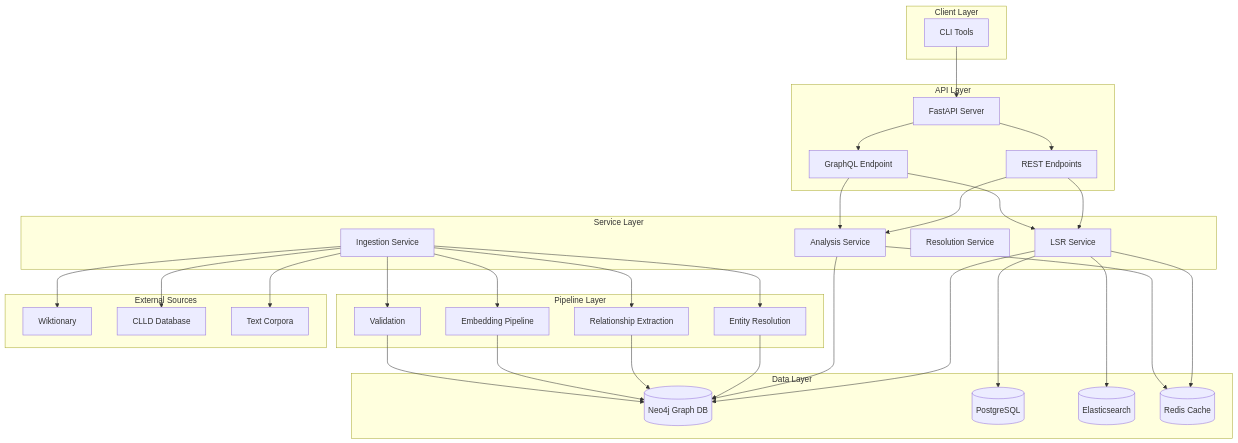
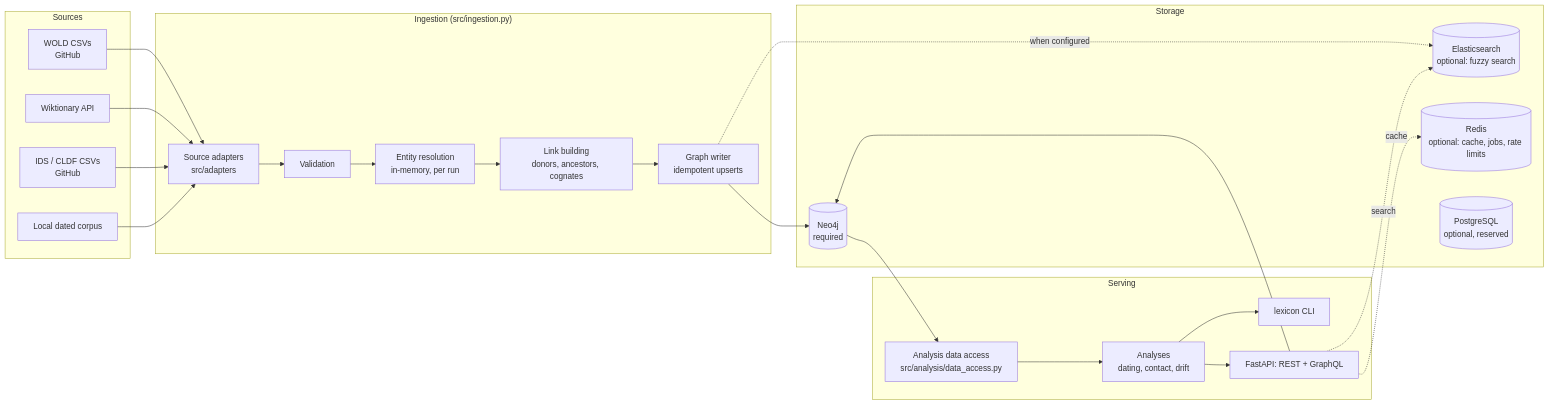
The diagram in docs/architecture.md (kase1111-hash/Lexicon), drawn with Mermaid before and after one commit. The commit also changed other lines of this file and 135 other files, not shown here.

````diff
--- a/docs/architecture.md
+++ b/docs/architecture.md
@@ -16,71 +7,40 @@
 ```mermaid
-graph TB
-    subgraph "Client Layer"
-        CLI[CLI Tools]
+graph LR
+    subgraph Sources
+        WOLD[WOLD CSVs<br/>GitHub]
+        WIKT[Wiktionary API]
+        IDS[IDS / CLDF CSVs<br/>GitHub]
+        CORP[Local dated corpus]
     end
 
-    subgraph "API Layer"
-        API[FastAPI Server]
-        GQL[GraphQL Endpoint]
-        REST[REST Endpoints]
+    subgraph "Ingestion (src/ingestion.py)"
+        AD[Source adapters<br/>src/adapters]
+        VAL[Validation]
+        ER[Entity resolution<br/>in-memory, per run]
+        LINK[Link building<br/>donors, ancestors, cognates]
+        GW[Graph writer<br/>idempotent upserts]
     end
 
-    subgraph "Service Layer"
-        LSR[LSR Service]
-        ANA[Analysis Service]
-        RES[Resolution Service]
-        ING[Ingestion Service]
+    subgraph Storage
+        NEO[(Neo4j<br/>required)]
+        ES[(Elasticsearch<br/>optional: fuzzy search)]
+        RD[(Redis<br/>optional: cache, jobs, rate limits)]
+        PG[(PostgreSQL<br/>optional, reserved)]
     end
 
-    subgraph "Pipeline Layer"
-        ENT[Entity Resolution]
-        REL[Relationship Extraction]
-        EMB[Embedding Pipeline]
-        VALID[Validation]
+    subgraph Serving
+        DA[Analysis data access<br/>src/analysis/data_access.py]
+        AN[Analyses<br/>dating, contact, drift]
+        CLI[lexicon CLI]
+        API[FastAPI: REST + GraphQL]
     end
 
-    subgraph "Data Layer"
-        NEO[(Neo4j Graph DB)]
-        PG[(PostgreSQL)]
-        ES[(Elasticsearch)]
-        REDIS[(Redis Cache)]
-    end
-
-    subgraph "External Sources"
-        WIK[Wiktionary]
-        CLLD[CLLD Database]
-        CORP[Text Corpora]
-    end
-
-    CLI --> API
-
-    API --> REST
-    API --> GQL
-
-    REST --> LSR
-    REST --> ANA
-    GQL --> LSR
-    GQL --> ANA
-
-    LSR --> NEO
-    LSR --> PG
-    LSR --> ES
-    LSR --> REDIS
-
-    ANA --> NEO
-    ANA --> REDIS
-
-    ING --> WIK
-    ING --> CLLD
-    ING --> CORP
-
-    ING --> ENT
-    ING --> REL
-    ING --> EMB
-    ING --> VALID
-
-    ENT --> NEO
-    REL --> NEO
-    EMB --> NEO
-    VALID --> NEO
+    WOLD & WIKT & IDS & CORP --> AD --> VAL --> ER --> LINK --> GW
+    GW --> NEO
+    GW -. when configured .-> ES
+    NEO --> DA --> AN
+    AN --> CLI & API
+    API --> NEO
+    API -. search .-> ES
+    API -. cache .-> RD
 ```
````
